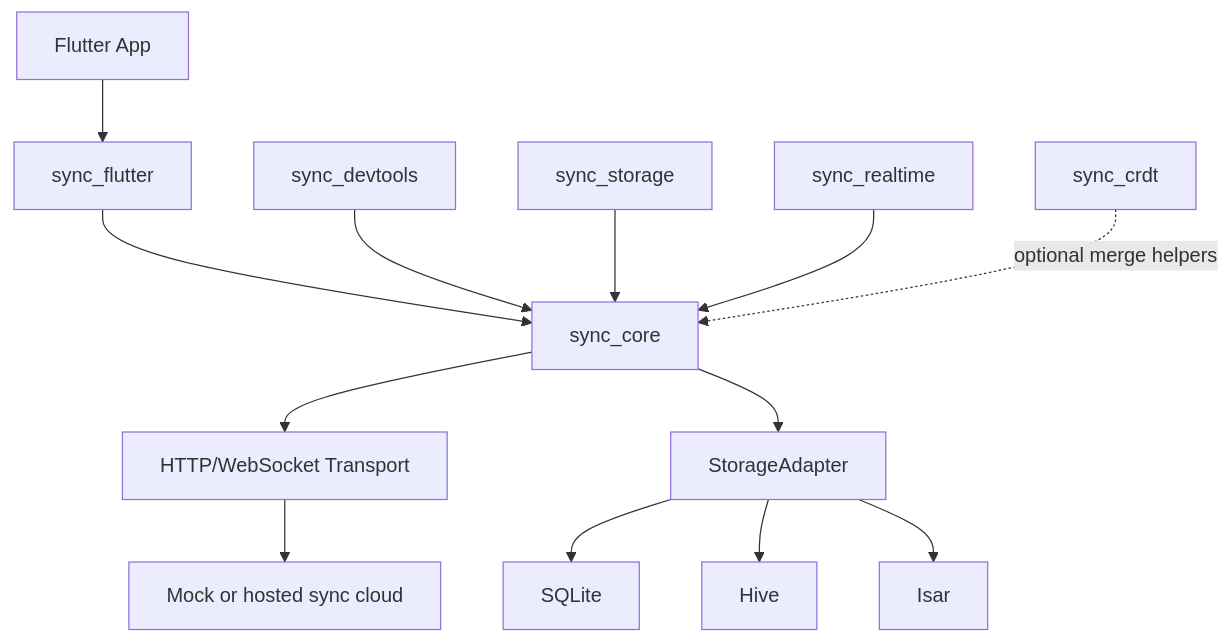
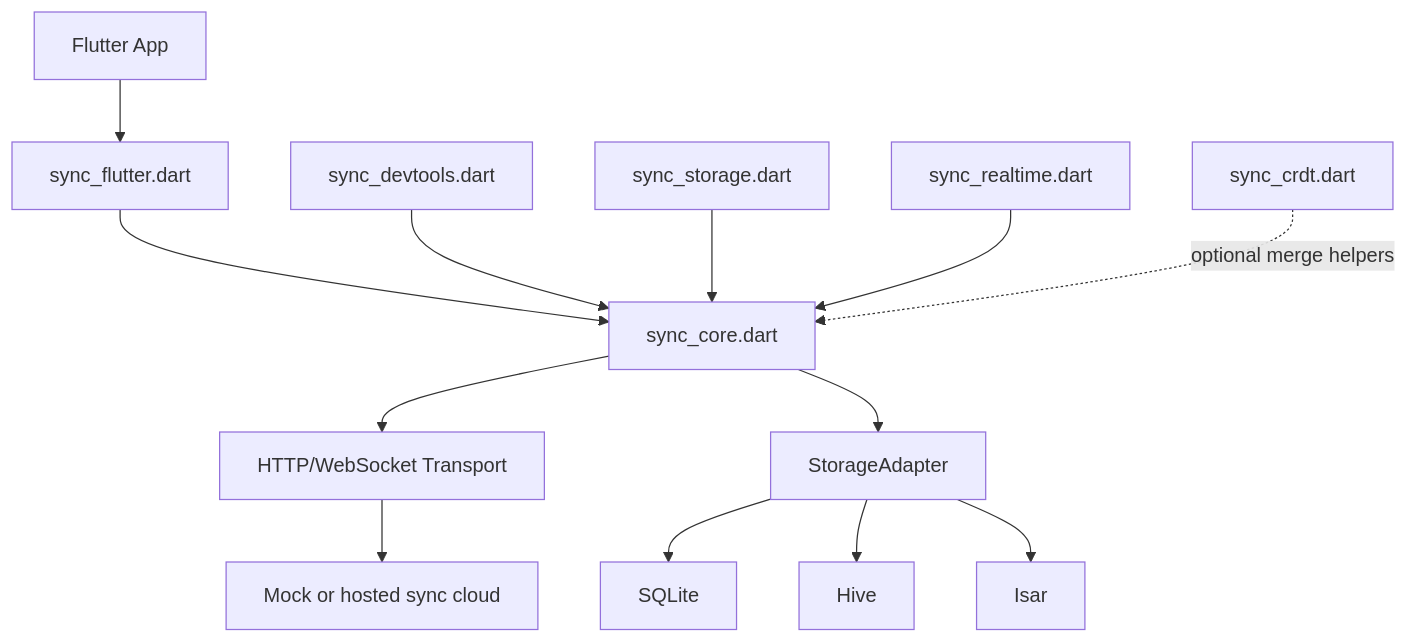
One commit to Anu-Code07/offline-sync changed the first of 2 diagrams in docs/architecture.md. Above: the diagram before and after it, drawn with Mermaid. The commit also changed other lines of this file and 39 other files, not shown here.

````diff
--- a/docs/architecture.md
+++ b/docs/architecture.md
@@ -7,15 +7,15 @@
 ```mermaid
 flowchart TD
-  App[Flutter App] --> Flutter[sync_flutter]
-  Flutter --> Core[sync_core]
-  DevTools[sync_devtools] --> Core
-  Storage[sync_storage] --> Core
-  Realtime[sync_realtime] --> Core
-  CRDT[sync_crdt] -. optional merge helpers .-> Core
+  App[Flutter App] --> Flutter[sync_flutter.dart]
+  Flutter --> Core[sync_core.dart]
+  DevTools[sync_devtools.dart] --> Core
+  Storage[sync_storage.dart] --> Core
+  Realtime[sync_realtime.dart] --> Core
+  CRDT[sync_crdt.dart] -. optional merge helpers .-> Core
   Core --> Transport[HTTP/WebSocket Transport]
   Core --> Adapter[StorageAdapter]
   Adapter --> SQLite
   Adapter --> Hive
   Adapter --> Isar
   Transport --> Server[Mock or hosted sync cloud]
 ```
````
